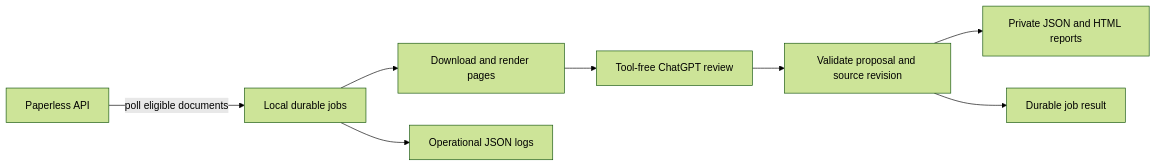
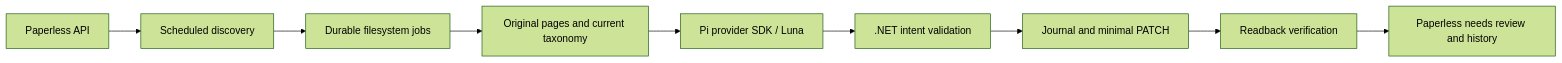
The diagram in docs/architecture.md (mggarofalo/paperless-llm), drawn with Mermaid (forest theme) before and after one commit. The commit also changed other lines of this file and 41 other files, not shown here.

````diff
--- a/docs/architecture.md
+++ b/docs/architecture.md
@@ -12,10 +5,11 @@
 ```mermaid
 flowchart LR
-  P[Paperless API] -->|poll eligible documents| Q[Local durable jobs]
-  Q --> R[Download and render pages]
-  R --> M[Tool-free ChatGPT review]
-  M --> V[Validate proposal and source revision]
-  V --> A[Private JSON and HTML reports]
-  V --> S[Durable job result]
-  Q --> L[Operational JSON logs]
+  P[Paperless API] --> D[Scheduled discovery]
+  D --> J[Durable filesystem jobs]
+  J --> C[Original pages and current taxonomy]
+  C --> L[Pi provider SDK / Luna]
+  L --> V[.NET intent validation]
+  V --> S[Journal and minimal PATCH]
+  S --> R[Readback verification]
+  R --> H[Paperless needs review and history]
 ```
````
